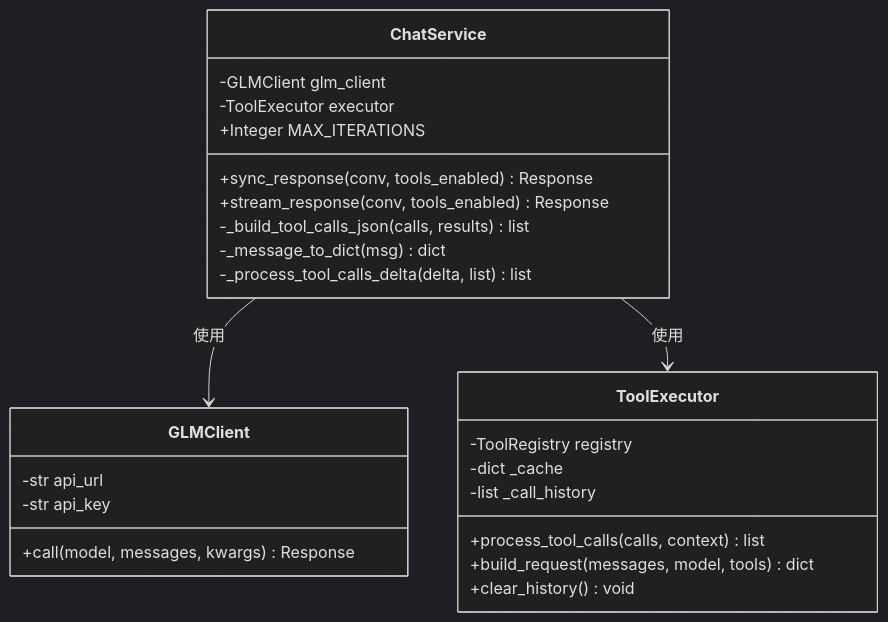
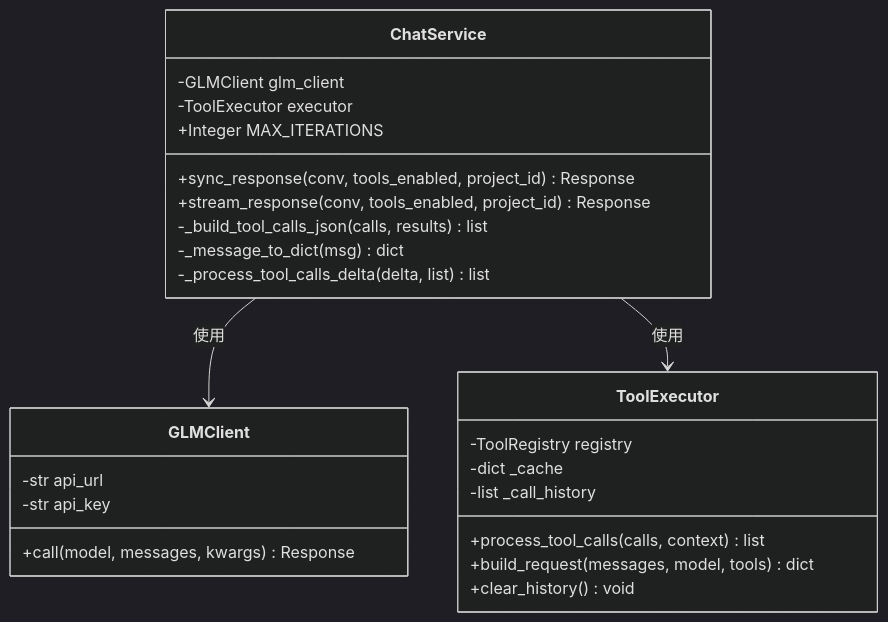
Before and after one commit to ViperEkura/nanoClaw: the third of 4 diagrams in docs/Design.md, drawn with Mermaid (dark theme). The commit also changed other lines of this file and 19 other files, not shown here.

````diff
--- a/docs/Design.md
+++ b/docs/Design.md
@@ -166,33 +189,33 @@
 ```mermaid
 classDiagram
     direction TB
 
     class ChatService {
         -GLMClient glm_client
         -ToolExecutor executor
         +Integer MAX_ITERATIONS
-        +sync_response(conv, tools_enabled) Response
-        +stream_response(conv, tools_enabled) Response
+        +sync_response(conv, tools_enabled, project_id) Response
+        +stream_response(conv, tools_enabled, project_id) Response
         -_build_tool_calls_json(calls, results) list
         -_message_to_dict(msg) dict
         -_process_tool_calls_delta(delta, list) list
     }
 
     class GLMClient {
         -str api_url
         -str api_key
         +call(model, messages, kwargs) Response
     }
 
     class ToolExecutor {
         -ToolRegistry registry
         -dict _cache
         -list _call_history
         +process_tool_calls(calls, context) list
         +build_request(messages, model, tools) dict
         +clear_history() void
     }
 
     ChatService --> GLMClient : 使用
     ChatService --> ToolExecutor : 使用
 ```
````
